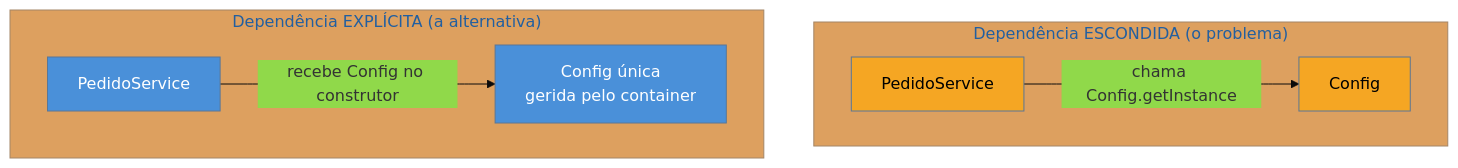
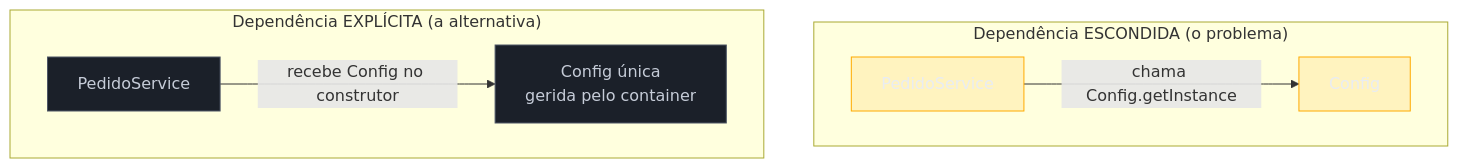
One commit to josenaldo/codex-technomanticus changed the diagram in 03-Dominios/Engenharia/Design de Software/Padrões de Projeto/Clássicos (GoF)/02 - Singleton.md. Above: the diagram before and after it, drawn with Mermaid. The commit also changed 1181 other files, not shown here.

First line of the commit message:
fix(diagramas): paleta do sistema no lugar de cor cravada no markdown

````diff
--- a/03-Dominios/Engenharia/Design de Software/Padrões de Projeto/Clássicos (GoF)/02 - Singleton.md
+++ b/03-Dominios/Engenharia/Design de Software/Padrões de Projeto/Clássicos (GoF)/02 - Singleton.md
@@ -35,15 +35,16 @@
 ```mermaid
-%%{init: {"theme": "base", "themeVariables": {"primaryColor": "#4A90D9"}}}%%
 graph TD
+    classDef destaque fill:#FFAA0024,stroke:#FFAA00,color:#E9ECF2
+    classDef neutro fill:#1B2029,stroke:#4E5666,color:#C6CCD8
     subgraph oculto["Dependência ESCONDIDA (o problema)"]
         A[PedidoService] -->|chama Config.getInstance| C[Config]
     end
     subgraph explicito["Dependência EXPLÍCITA (a alternativa)"]
         B[PedidoService] -->|recebe Config no construtor| D[Config única<br/>gerida pelo container]
     end
 
-    style A fill:#F5A623,color:#000
-    style C fill:#F5A623,color:#000
-    style B fill:#4A90D9,color:#fff
-    style D fill:#4A90D9,color:#fff
+    class A destaque
+    class C destaque
+    class B neutro
+    class D neutro
 ```
````
